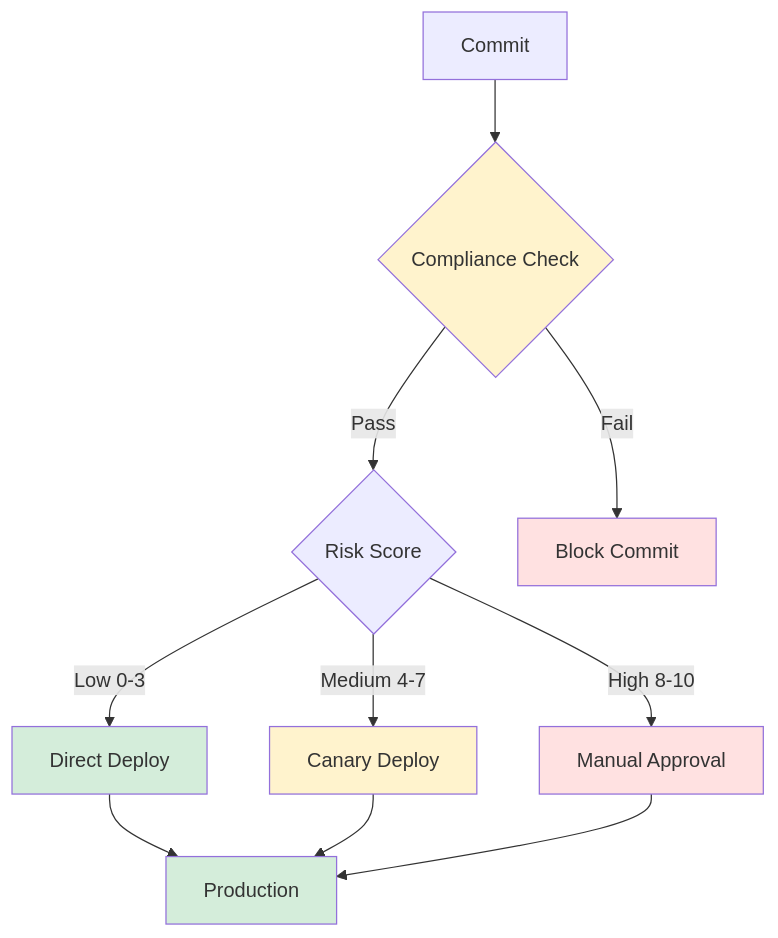
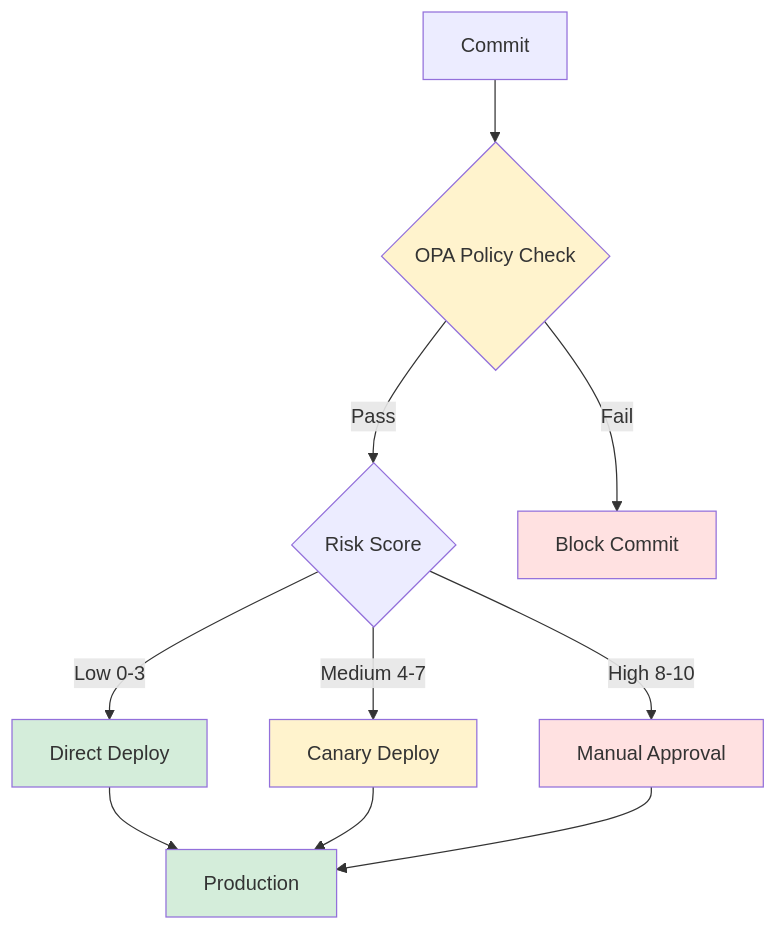
The third of 5 diagrams in START_HERE.md (Oluseyi-Kofoworola/gitops2-healthcare-intelligence-git-commit), drawn with Mermaid before and after one commit. The commit also changed other lines of this file and 7 other files, not shown here.

````diff
--- a/START_HERE.md
+++ b/START_HERE.md
@@ -172,20 +159,20 @@
 ```mermaid
 flowchart TD
-    A[Commit] --> B{Compliance Check}
+    A[Commit] --> B{OPA Policy Check}
     B -->|Pass| C{Risk Score}
     B -->|Fail| D[Block Commit]
     C -->|Low 0-3| E[Direct Deploy]
     C -->|Medium 4-7| F[Canary Deploy]
     C -->|High 8-10| G[Manual Approval]
     
     E --> H[Production]
     F --> H
     G --> H
     
     style B fill:#fff3cd
     style D fill:#ffe1e1
     style E fill:#d4edda
     style F fill:#fff3cd
     style G fill:#ffe1e1
     style H fill:#d4edda
 ```
````
